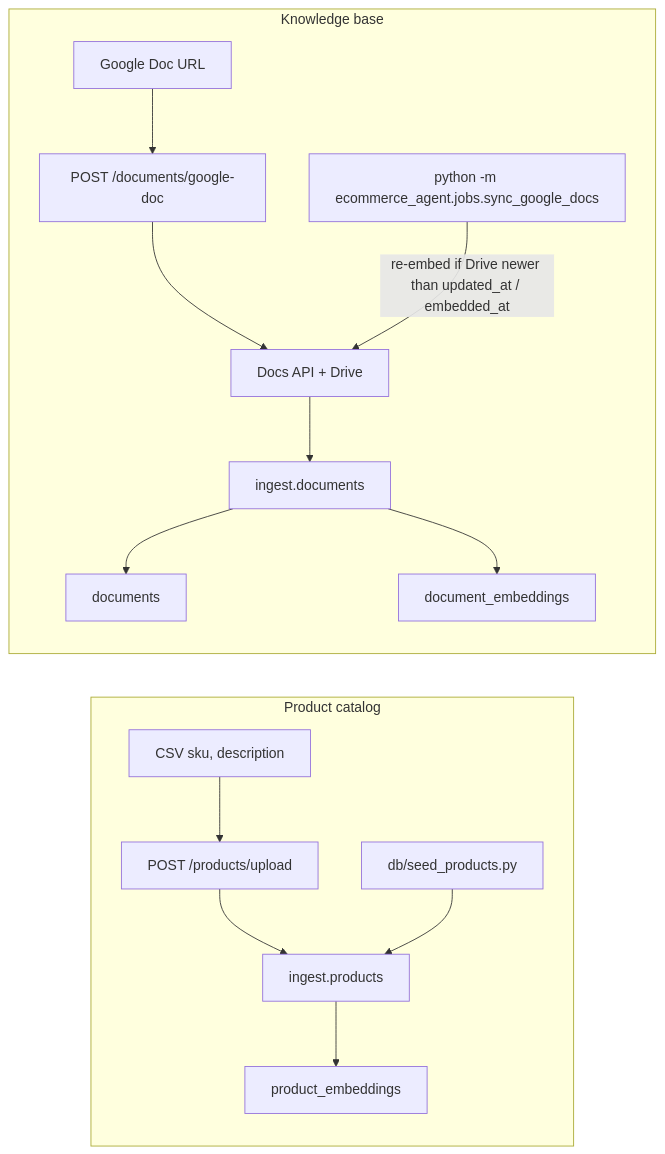
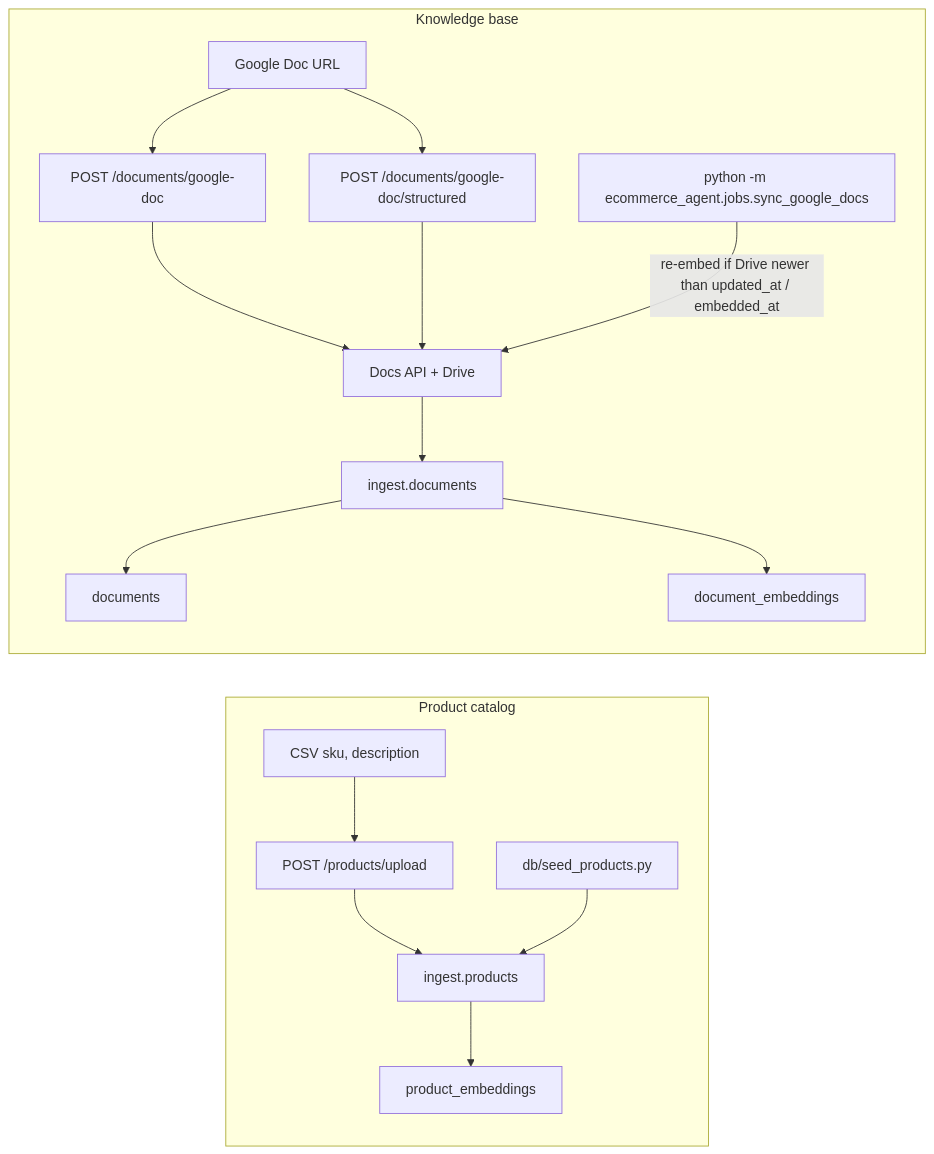
The third of 4 diagrams in architecture.md (JJTorresDS/ecommerce-agent), drawn with Mermaid before and after one commit. The commit also changed other lines of this file and 9 other files, not shown here.

Commit message:
added endpoint to enable embedding of structured documents

````diff
--- a/architecture.md
+++ b/architecture.md
@@ -168,29 +174,31 @@
 ```mermaid
 flowchart LR
     subgraph Catalog["Product catalog"]
         CSV["CSV sku, description"]
         Seed["db/seed_products.py"]
         UP["POST /products/upload"]
         Batch["ingest.products"]
         PE["product_embeddings"]
     end
 
     subgraph KB["Knowledge base"]
         URL["Google Doc URL"]
         GD["POST /documents/google-doc"]
+        GDS["POST /documents/google-doc/structured"]
         GDocs["Docs API + Drive"]
         UD["ingest.documents"]
         DT["documents"]
         DE["document_embeddings"]
         Cron["python -m ecommerce_agent.jobs.sync_google_docs"]
     end
 
     CSV --> UP --> Batch
     Seed --> Batch
     Batch --> PE
 
     URL --> GD --> GDocs --> UD
+    URL --> GDS --> GDocs
     Cron -->|"re-embed if Drive newer than updated_at / embedded_at"| GDocs
     UD --> DT
     UD --> DE
 ```
````
